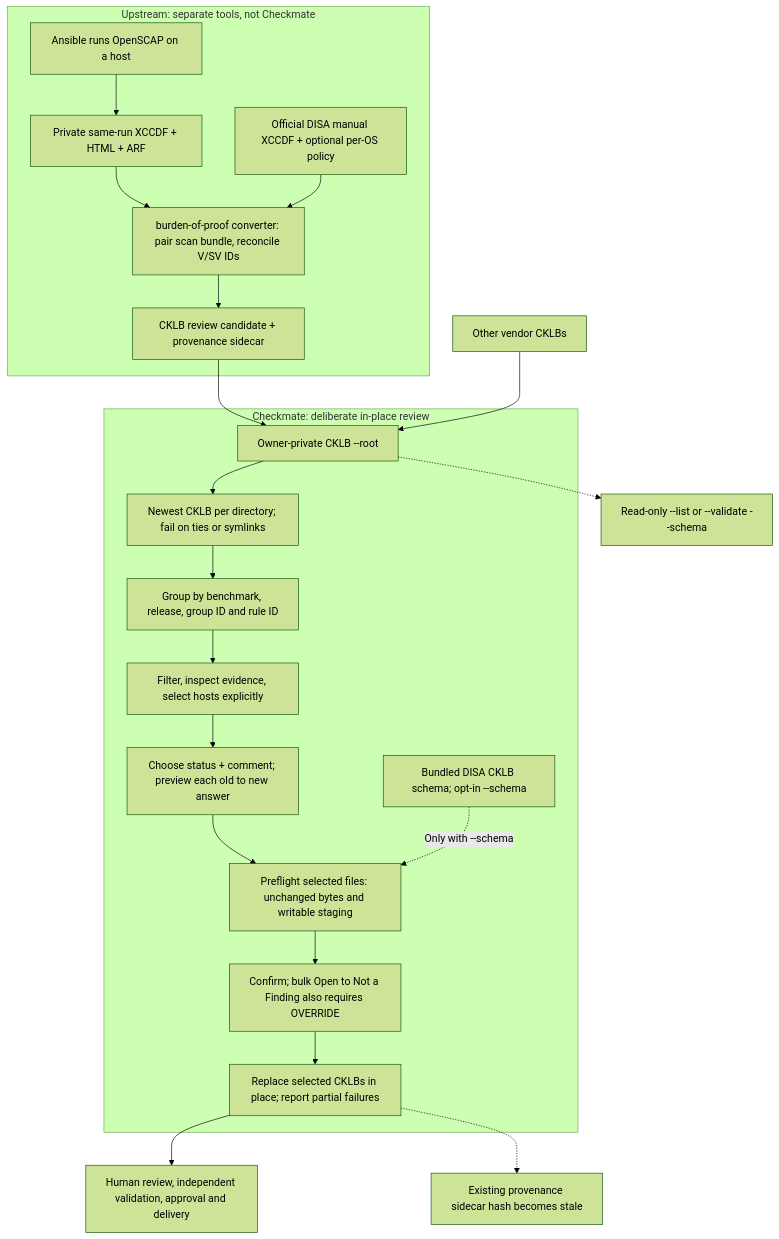
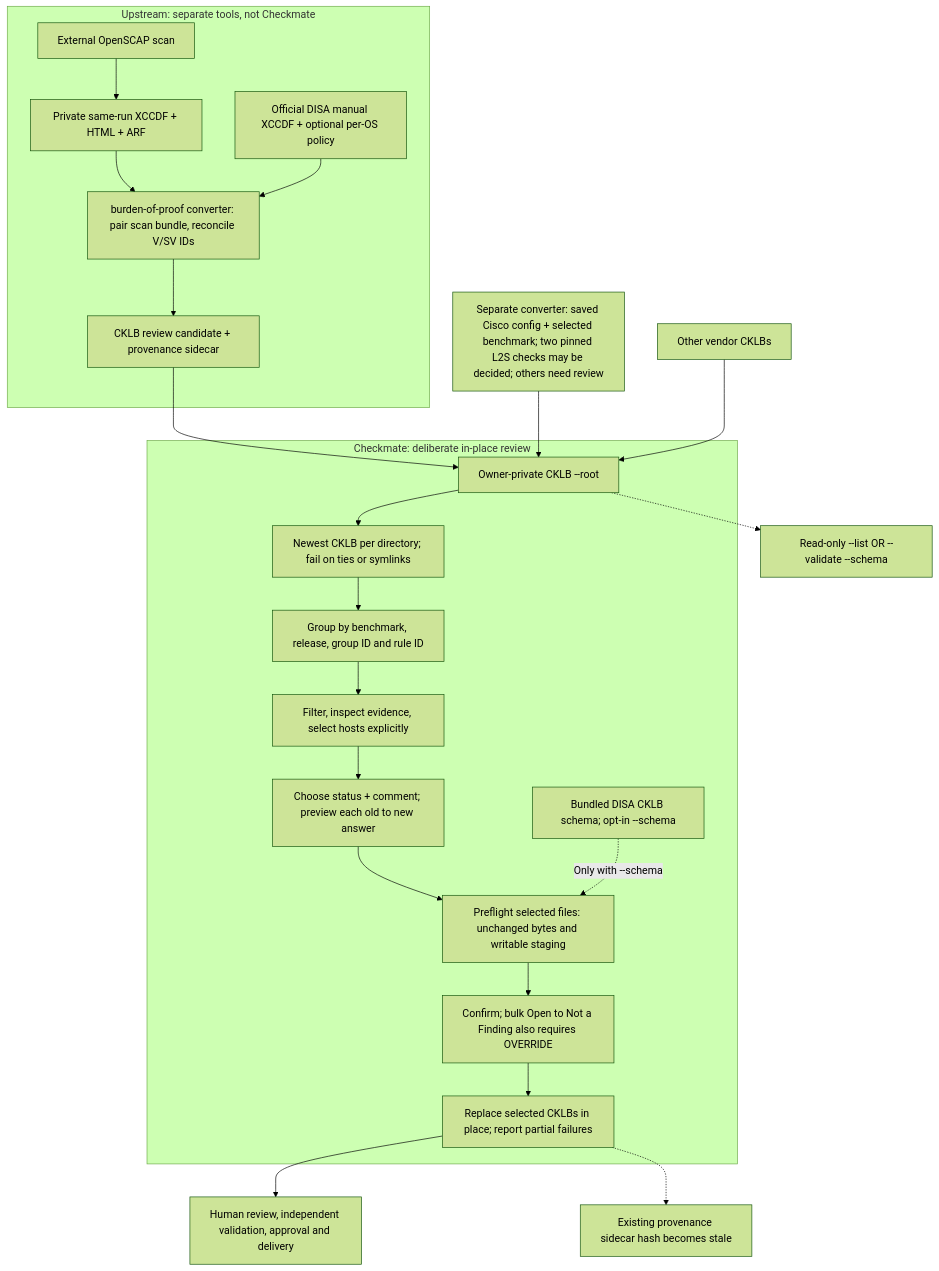
Before and after one commit to zcook44/checkmate: the first of 2 diagrams in README.md, drawn with Mermaid (forest theme). The commit also changed other lines of this file and 3 other files, not shown here.

````diff
--- a/README.md
+++ b/README.md
@@ -9,24 +9,25 @@
 ```mermaid
 flowchart TD
     subgraph upstream["Upstream: separate tools, not Checkmate"]
-        scan["Ansible runs OpenSCAP on a host"] --> evidence["Private same-run XCCDF + HTML + ARF"]
+        scan["External OpenSCAP scan"] --> evidence["Private same-run XCCDF + HTML + ARF"]
         evidence --> converter["burden-of-proof converter: pair scan bundle, reconcile V/SV IDs"]
         benchmark["Official DISA manual XCCDF + optional per-OS policy"] --> converter
         converter --> generated["CKLB review candidate + provenance sidecar"]
     end
     generated --> root["Owner-private CKLB --root"]
+    cisco["Separate converter: saved Cisco config + selected benchmark; two pinned L2S checks may be decided; others need review"] --> root
     external["Other vendor CKLBs"] --> root
-    root -.-> inventory["Read-only --list or --validate --schema"]
+    root -.-> inventory["Read-only --list OR --validate --schema"]
     subgraph editor["Checkmate: deliberate in-place review"]
         root --> discover["Newest CKLB per directory; fail on ties or symlinks"]
         discover --> group["Group by benchmark, release, group ID and rule ID"]
         group --> choose["Filter, inspect evidence, select hosts explicitly"]
         choose --> preview["Choose status + comment; preview each old to new answer"]
         preview --> guard["Preflight selected files: unchanged bytes and writable staging"]
         schema["Bundled DISA CKLB schema; opt-in --schema"] -.->|Only with --schema| guard
         guard --> confirm["Confirm; bulk Open to Not a Finding also requires OVERRIDE"]
         confirm --> edit["Replace selected CKLBs in place; report partial failures"]
     end
     edit --> human["Human review, independent validation, approval and delivery"]
     edit -.-> stale["Existing provenance sidecar hash becomes stale"]
 ```
````
